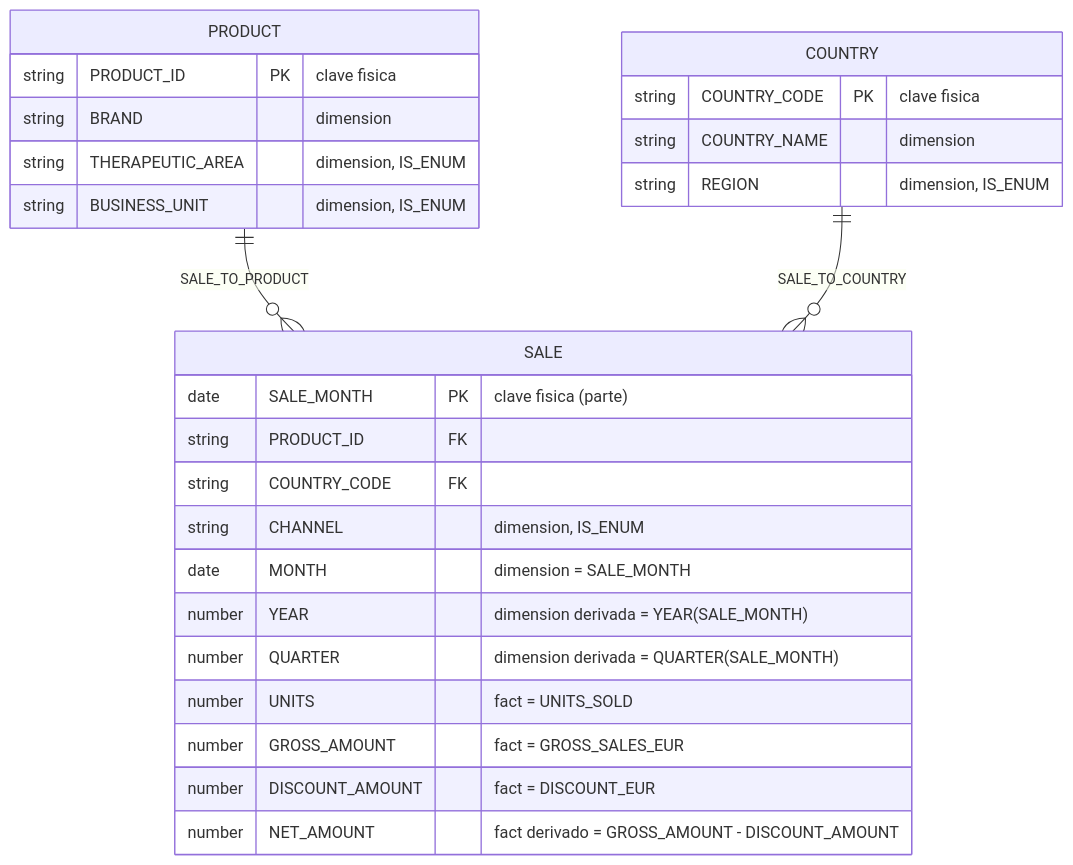
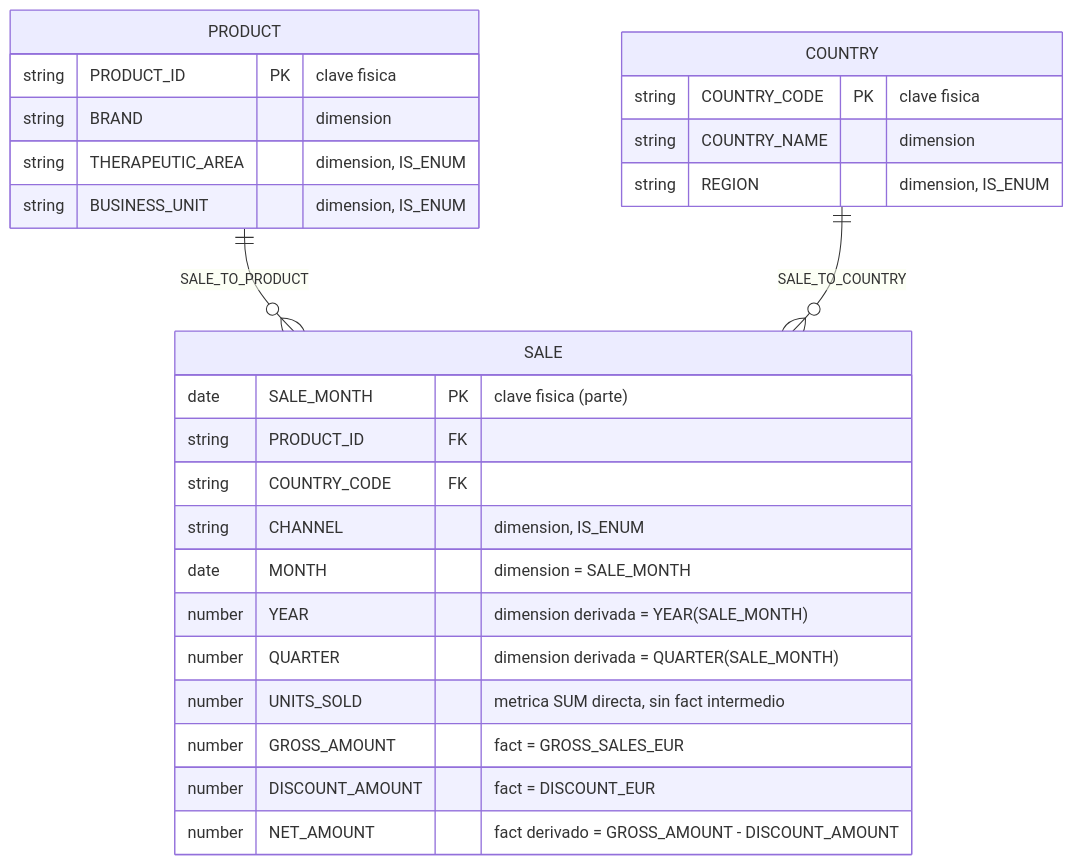
The diagram in specs/002-cortex-semantic-view/data-model.md (conversationalanalyticstest/conversational_analytics), drawn with Mermaid before and after one commit. The commit also changed other lines of this file and 4 other files, not shown here.

Commit message:
implement: corrige grant CREATE SEMANTIC VIEW y referencia ciclica en metrica UNITS_SOLD; valida despliegue, idempotencia y tests en vivo

````diff
--- a/specs/002-cortex-semantic-view/data-model.md
+++ b/specs/002-cortex-semantic-view/data-model.md
@@ -16,30 +16,30 @@
 ```mermaid
 erDiagram
     PRODUCT ||--o{ SALE : "SALE_TO_PRODUCT"
     COUNTRY ||--o{ SALE : "SALE_TO_COUNTRY"
 
     PRODUCT {
         string PRODUCT_ID PK "clave fisica"
         string BRAND "dimension"
         string THERAPEUTIC_AREA "dimension, IS_ENUM"
         string BUSINESS_UNIT "dimension, IS_ENUM"
     }
     COUNTRY {
         string COUNTRY_CODE PK "clave fisica"
         string COUNTRY_NAME "dimension"
         string REGION "dimension, IS_ENUM"
     }
     SALE {
         date SALE_MONTH PK "clave fisica (parte)"
         string PRODUCT_ID FK
         string COUNTRY_CODE FK
         string CHANNEL "dimension, IS_ENUM"
         date MONTH "dimension = SALE_MONTH"
         number YEAR "dimension derivada = YEAR(SALE_MONTH)"
         number QUARTER "dimension derivada = QUARTER(SALE_MONTH)"
-        number UNITS "fact = UNITS_SOLD"
+        number UNITS_SOLD "metrica SUM directa, sin fact intermedio"
         number GROSS_AMOUNT "fact = GROSS_SALES_EUR"
         number DISCOUNT_AMOUNT "fact = DISCOUNT_EUR"
         number NET_AMOUNT "fact derivado = GROSS_AMOUNT - DISCOUNT_AMOUNT"
     }
 ```
````
